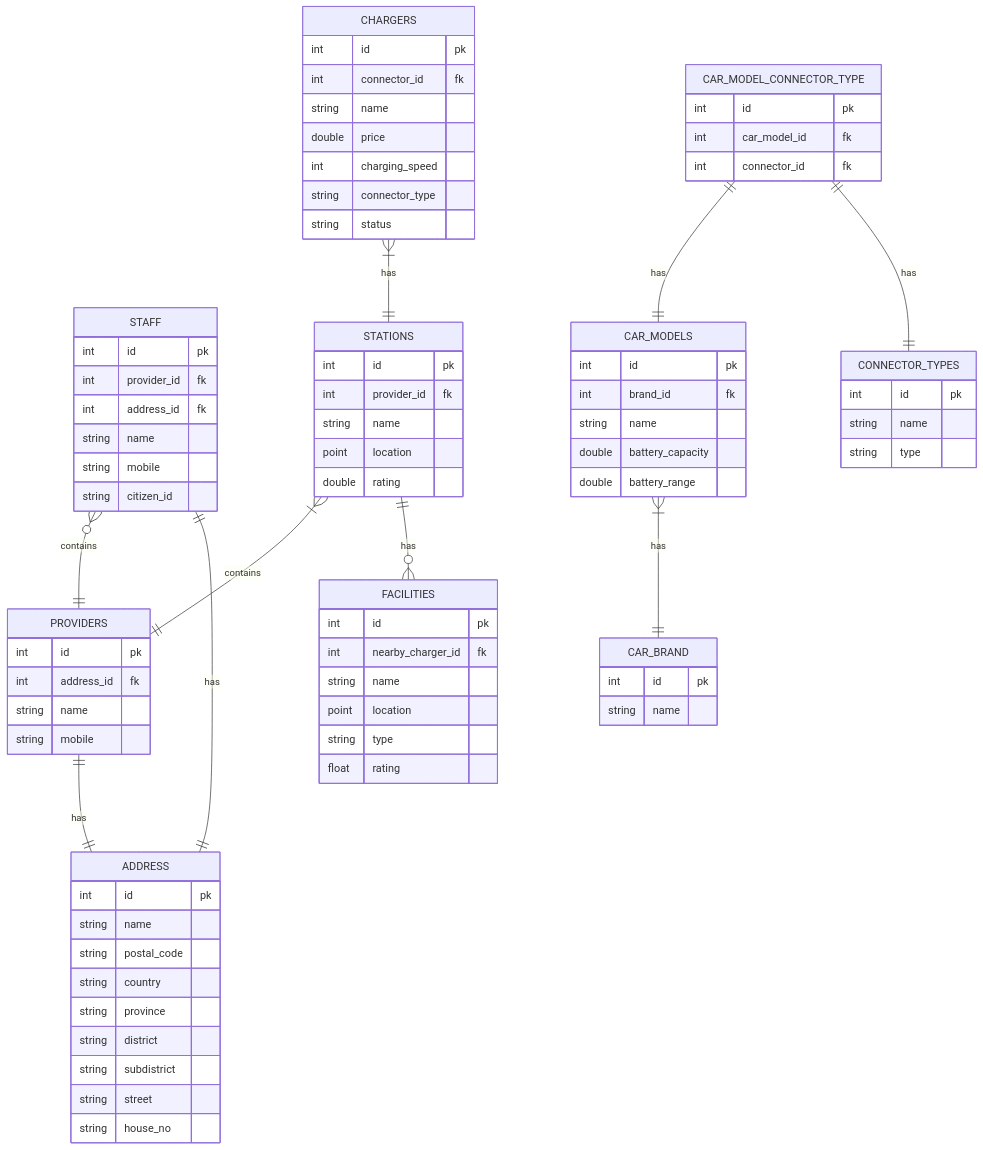
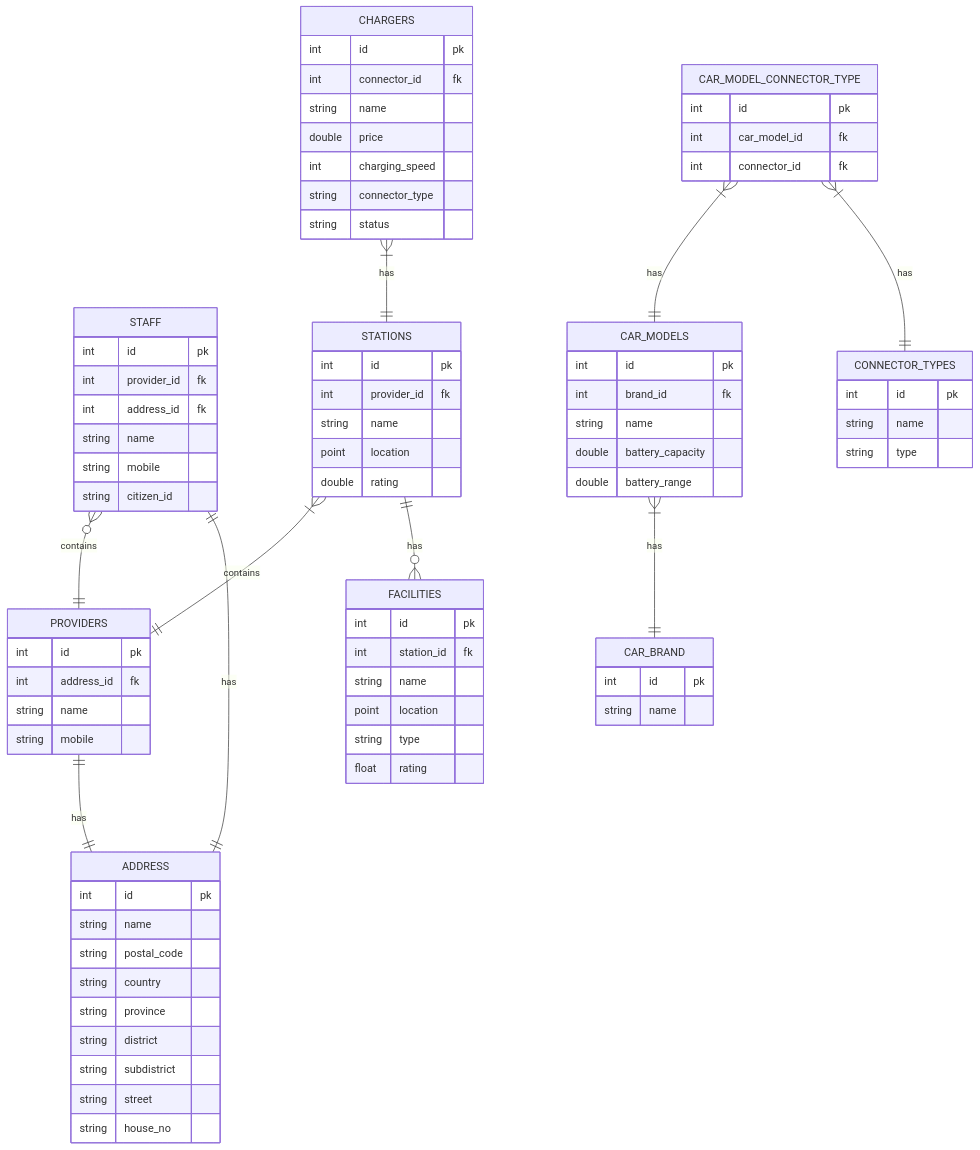
The diagram in db.md (ongzasad/ev-trip-planner), drawn with Mermaid before and after one commit.

````diff
--- a/db.md
+++ b/db.md
@@ -2,82 +2,82 @@
 ```mermaid
     erDiagram
         STAFF {
             int id pk
             int provider_id fk
             int address_id fk
             string name
             string mobile
             string citizen_id
         }
         PROVIDERS {
             int id pk
             int address_id fk
             string name
             string mobile
         }
         CAR_MODELS {
             int id pk
             int brand_id fk
             string name
             double battery_capacity
             double battery_range
         }
         CAR_BRAND {
             int id pk
             string name
         }
         FACILITIES {
             int id pk
-            int nearby_charger_id fk
+            int station_id fk
             string name
             point location
             string type
             float rating
         }
         CHARGERS {
             int id pk
             int connector_id fk
             string name
             double price
             int charging_speed
             string connector_type
             string status
         }
         STATIONS {
             int id pk
             int provider_id fk
             string name
             point location
             double rating
         }
         ADDRESS {
             int id pk
             string name
             string postal_code
             string country
             string province
             string district
             string subdistrict
             string street
             string house_no
         }
         CONNECTOR_TYPES {
             int id pk
             string name
             string type
         }
         CAR_MODEL_CONNECTOR_TYPE {
             int id pk
             int car_model_id fk
             int connector_id fk
         }
         STAFF o{--|| PROVIDERS : contains
         STATIONS |{--|| PROVIDERS : contains
         CAR_MODELS |{--|| CAR_BRAND : has
         STATIONS ||--o{ FACILITIES : has
         CHARGERS |{--|| STATIONS : has
         STAFF ||--|| ADDRESS : has
         PROVIDERS ||--|| ADDRESS : has
-        CAR_MODEL_CONNECTOR_TYPE ||--|| CAR_MODELS : has
-        CAR_MODEL_CONNECTOR_TYPE ||--|| CONNECTOR_TYPES : has
+        CAR_MODEL_CONNECTOR_TYPE |{--|| CAR_MODELS : has
+        CAR_MODEL_CONNECTOR_TYPE |{--|| CONNECTOR_TYPES : has
 ```     
````
